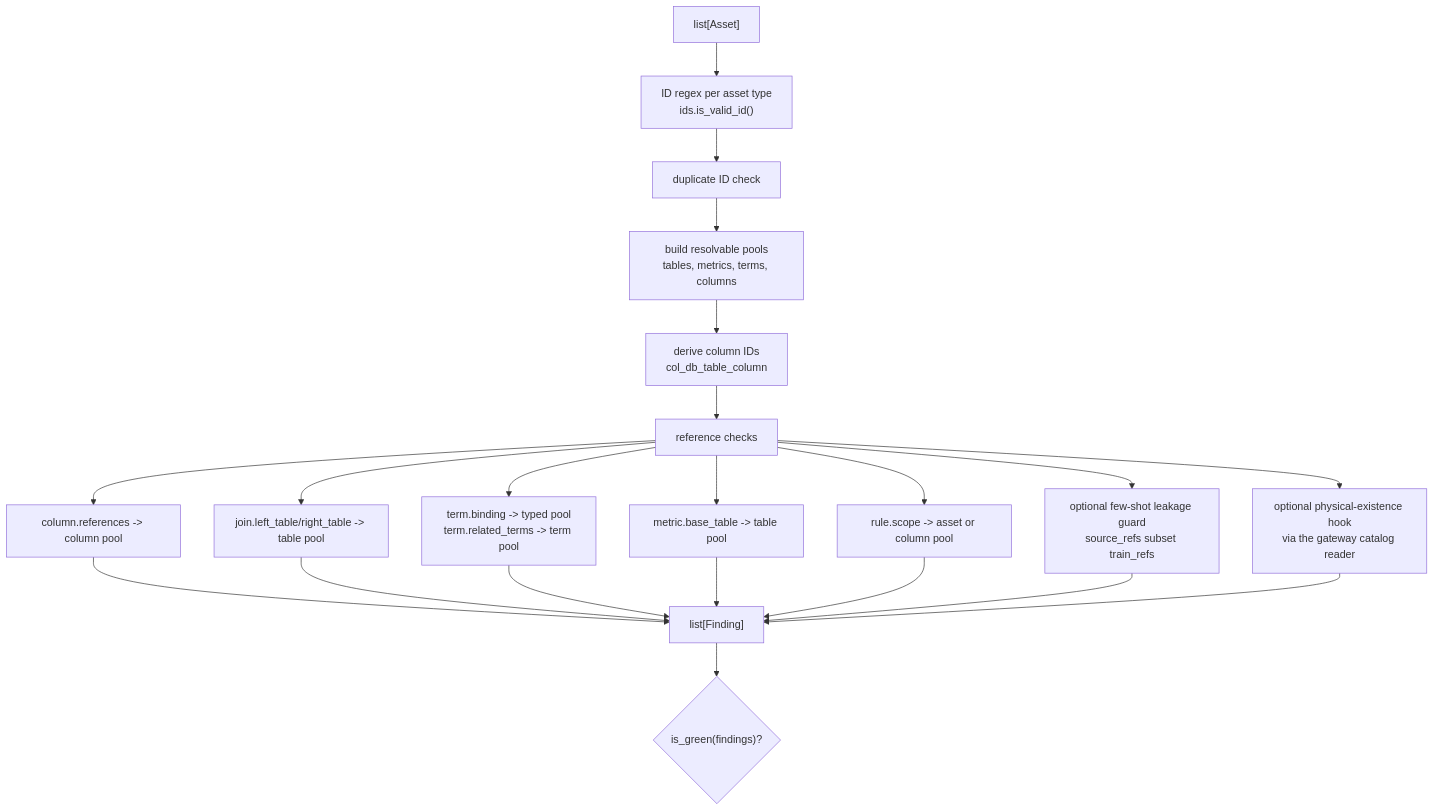
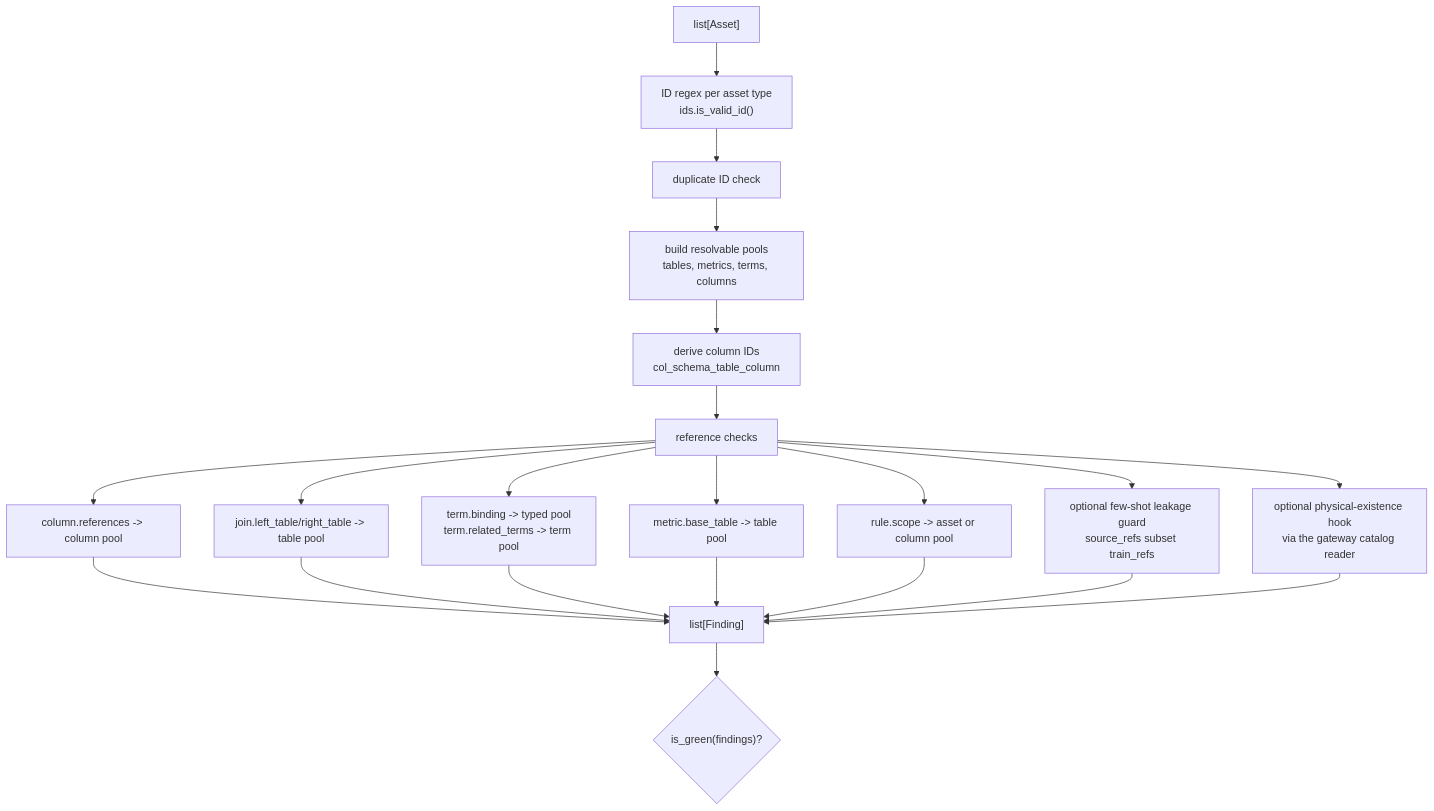
One commit to Minhao-Zhang/governed-bi changed the third of 6 diagrams in docs/diagrams/corpus.md. Above: the diagram before and after it, drawn with Mermaid. The commit also changed other lines of this file and 85 other files, not shown here.

First line of the commit message:
D15 increments 3-8: multi-schema serve, wire/schema rename, graph scope, router

````diff
--- a/docs/diagrams/corpus.md
+++ b/docs/diagrams/corpus.md
@@ -65,25 +65,25 @@
 ```mermaid
 flowchart TD
     Assets["list[Asset]"] --> IdRegex["ID regex per asset type<br/>ids.is_valid_id()"]
     IdRegex --> Duplicates["duplicate ID check"]
     Duplicates --> Pools["build resolvable pools<br/>tables, metrics, terms, columns"]
-    Pools --> ColumnIds["derive column IDs<br/>col_db_table_column"]
+    Pools --> ColumnIds["derive column IDs<br/>col_schema_table_column"]
     ColumnIds --> RefChecks["reference checks"]
 
     RefChecks --> TableRefs["column.references -> column pool"]
     RefChecks --> JoinRefs["join.left_table/right_table -> table pool"]
     RefChecks --> TermRefs["term.binding -> typed pool<br/>term.related_terms -> term pool"]
     RefChecks --> MetricRefs["metric.base_table -> table pool"]
     RefChecks --> RuleRefs["rule.scope -> asset or column pool"]
     RefChecks --> FewShotLeak["optional few-shot leakage guard<br/>source_refs subset train_refs"]
     RefChecks --> CatalogHook["optional physical-existence hook<br/>via the gateway catalog reader"]
 
     TableRefs --> Findings["list[Finding]"]
     JoinRefs --> Findings
     TermRefs --> Findings
     MetricRefs --> Findings
     RuleRefs --> Findings
     FewShotLeak --> Findings
     CatalogHook --> Findings
     Findings --> Green{"is_green(findings)?"}
 ```
````
